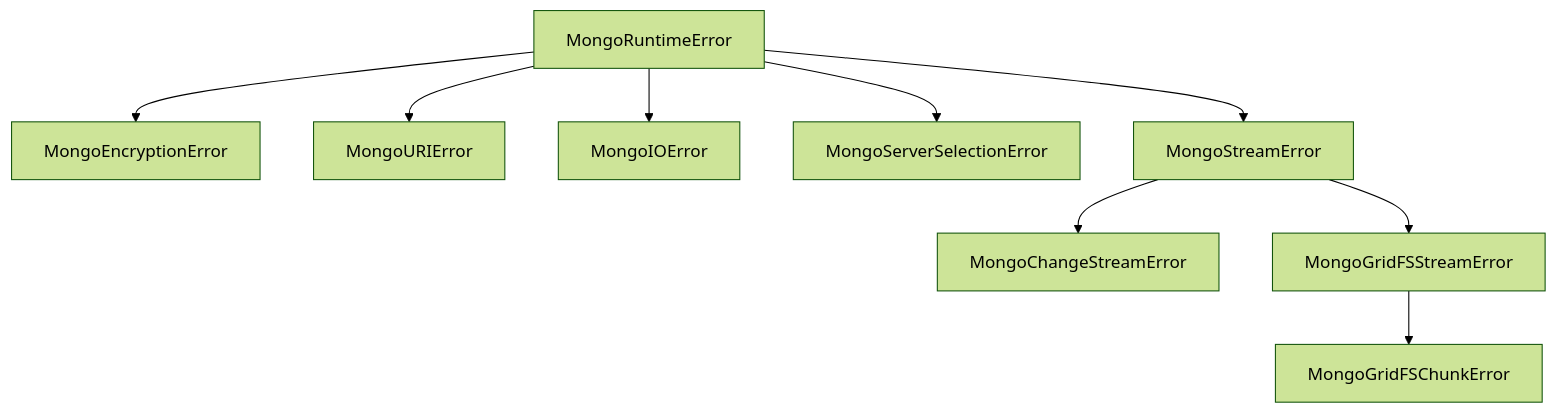
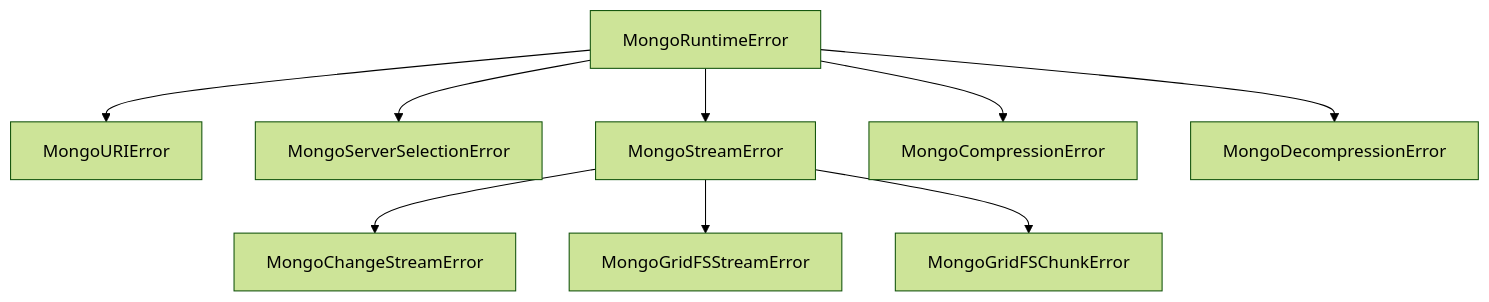
Before and after one commit to mongodb/node-mongodb-native: the diagram in docs/charts/mermaid/MongoRuntimeError_1.mmd, drawn with Mermaid (forest theme). The commit also changed 8 other files, not shown here.

Commit message:
docs(NODE-3363): synced charts with markdown

```diff
--- a/docs/charts/mermaid/MongoRuntimeError_1.mmd
+++ b/docs/charts/mermaid/MongoRuntimeError_1.mmd
@@ -1,11 +1,10 @@
 graph TD
-  MongoRuntimeError --> MongoEncryptionError
   MongoRuntimeError --> MongoURIError
-  MongoRuntimeError --> MongoIOError
   MongoRuntimeError --> MongoServerSelectionError
   MongoRuntimeError --> MongoStreamError
+  MongoRuntimeError --> MongoCompressionError
+  MongoRuntimeError --> MongoDecompressionError
 
   MongoStreamError --> MongoChangeStreamError
   MongoStreamError --> MongoGridFSStreamError
-
-  MongoGridFSStreamError --> MongoGridFSChunkError
+  MongoStreamError --> MongoGridFSChunkError
```
